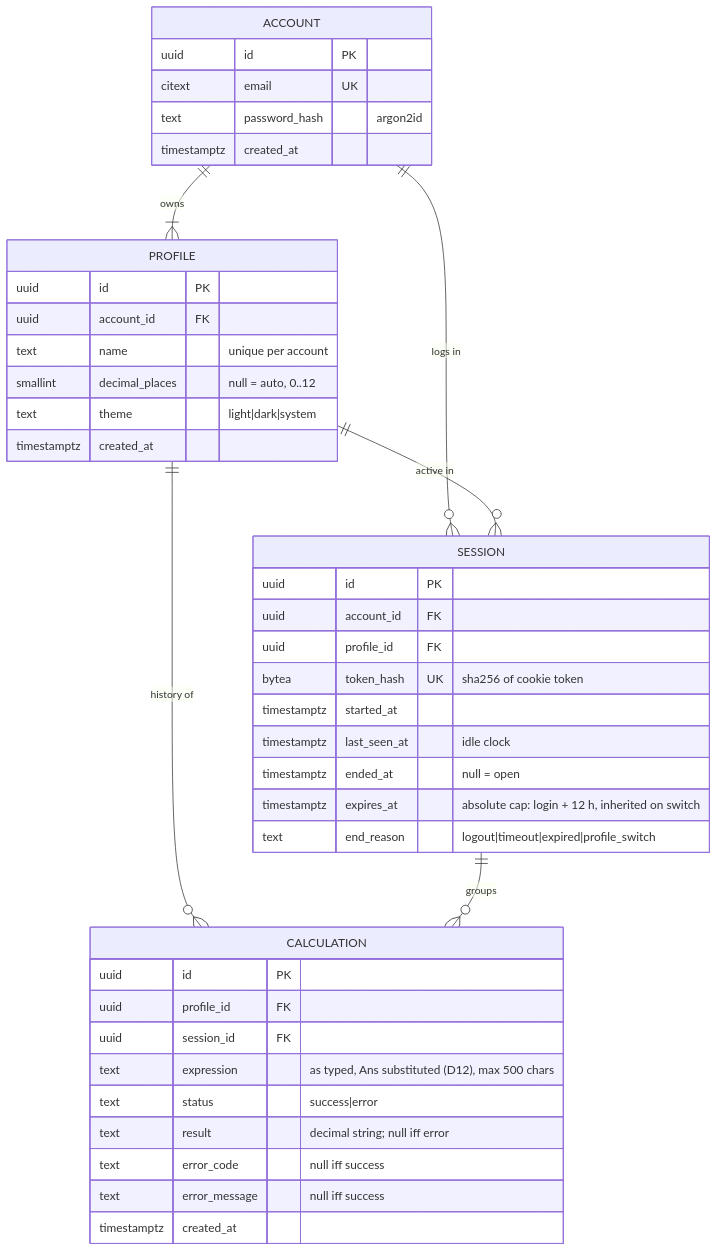
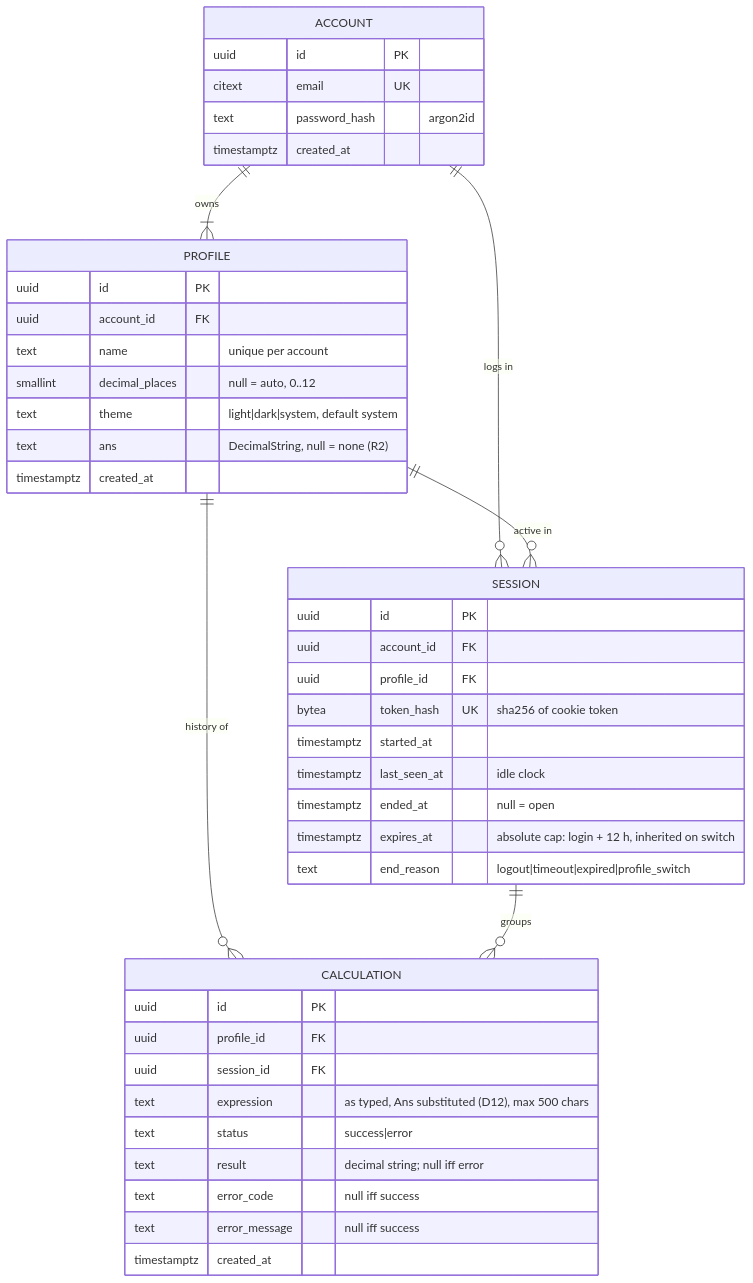
The second of 3 diagrams in docs/ARCHITECTURE.md (chjort/calculator-web), drawn with Mermaid before and after one commit. The commit also changed other lines of this file and 4 other files, not shown here.

Commit message:
docs: align R2 architecture with approved R2 UX specs (#3, #4) (#24)

````diff
--- a/docs/ARCHITECTURE.md
+++ b/docs/ARCHITECTURE.md
@@ -62,45 +62,46 @@
 ```mermaid
 erDiagram
   ACCOUNT ||--|{ PROFILE : owns
   ACCOUNT ||--o{ SESSION : "logs in"
   PROFILE ||--o{ SESSION : "active in"
   PROFILE ||--o{ CALCULATION : "history of"
   SESSION ||--o{ CALCULATION : groups
 
   ACCOUNT {
     uuid id PK
     citext email UK
     text password_hash "argon2id"
     timestamptz created_at
   }
   PROFILE {
     uuid id PK
     uuid account_id FK
     text name "unique per account"
     smallint decimal_places "null = auto, 0..12"
-    text theme "light|dark|system"
+    text theme "light|dark|system, default system"
+    text ans "DecimalString, null = none (R2)"
     timestamptz created_at
   }
   SESSION {
     uuid id PK
     uuid account_id FK
     uuid profile_id FK
     bytea token_hash UK "sha256 of cookie token"
     timestamptz started_at
     timestamptz last_seen_at "idle clock"
     timestamptz ended_at "null = open"
     timestamptz expires_at "absolute cap: login + 12 h, inherited on switch"
     text end_reason "logout|timeout|expired|profile_switch"
   }
   CALCULATION {
     uuid id PK
     uuid profile_id FK
     uuid session_id FK
     text expression "as typed, Ans substituted (D12), max 500 chars"
     text status "success|error"
     text result "decimal string; null iff error"
     text error_code "null iff success"
     text error_message "null iff success"
     timestamptz created_at
   }
 ```
````
